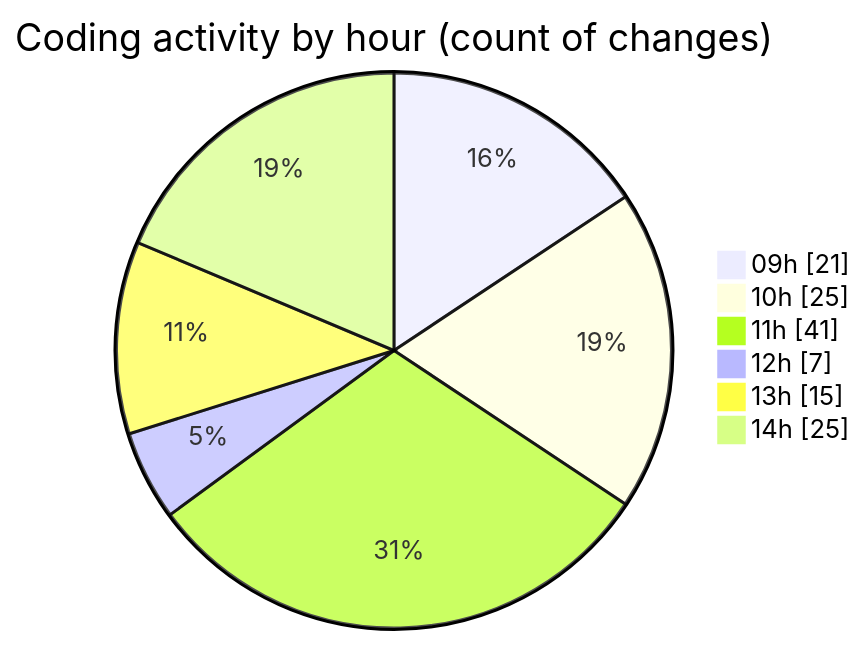
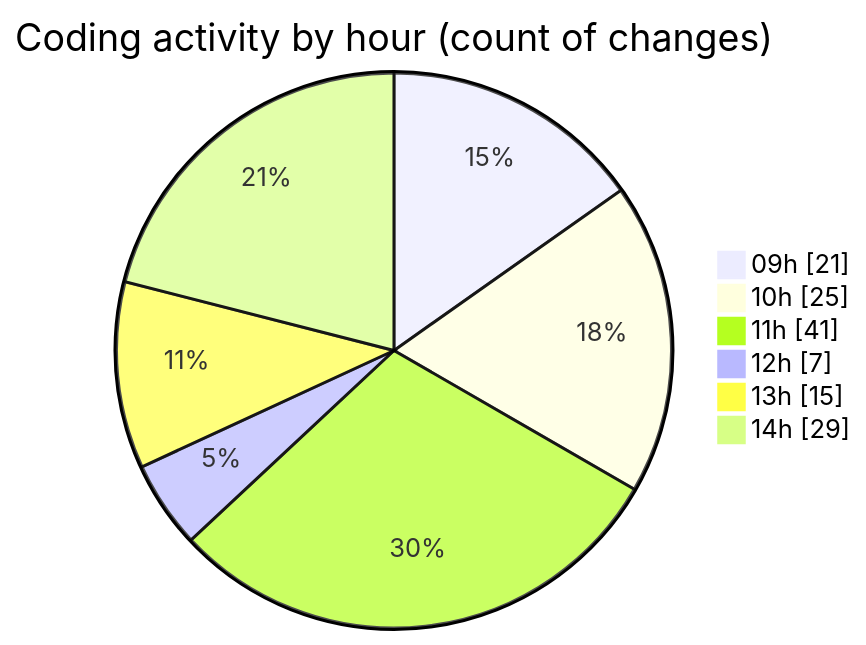
The second of 2 diagrams in 2025-12-01/cda/README.md (momahboobian/code-tracking), drawn with Mermaid before and after one commit. The commit also changed other lines of this file and 1 other file, not shown here.

````diff
--- a/2025-12-01/cda/README.md
+++ b/2025-12-01/cda/README.md
@@ -48,10 +48,10 @@
 ```mermaid
 pie showData
 title Coding activity by hour (count of changes)
 "09h" : 21
 "10h" : 25
 "11h" : 41
 "12h" : 7
 "13h" : 15
-"14h" : 25
+"14h" : 29
 ```
````
